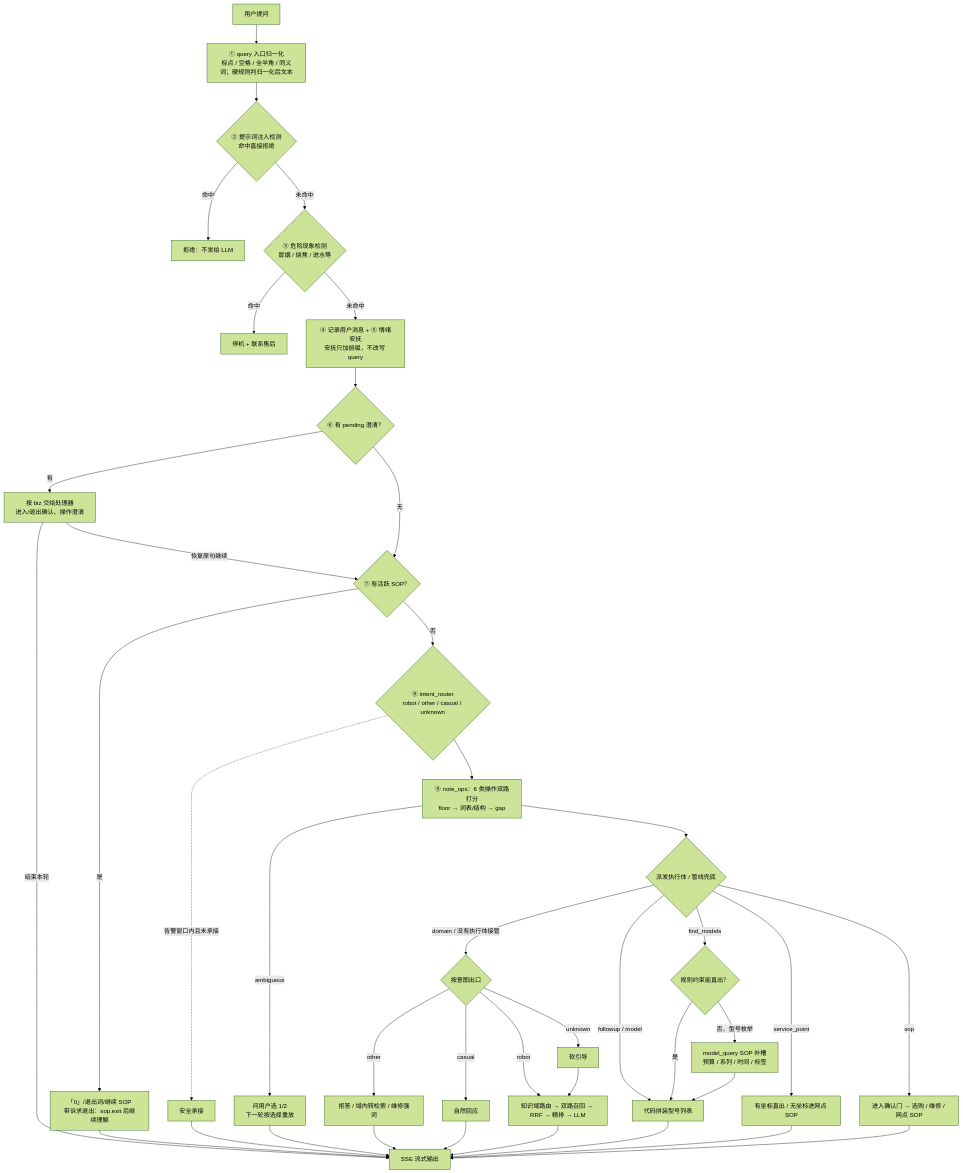
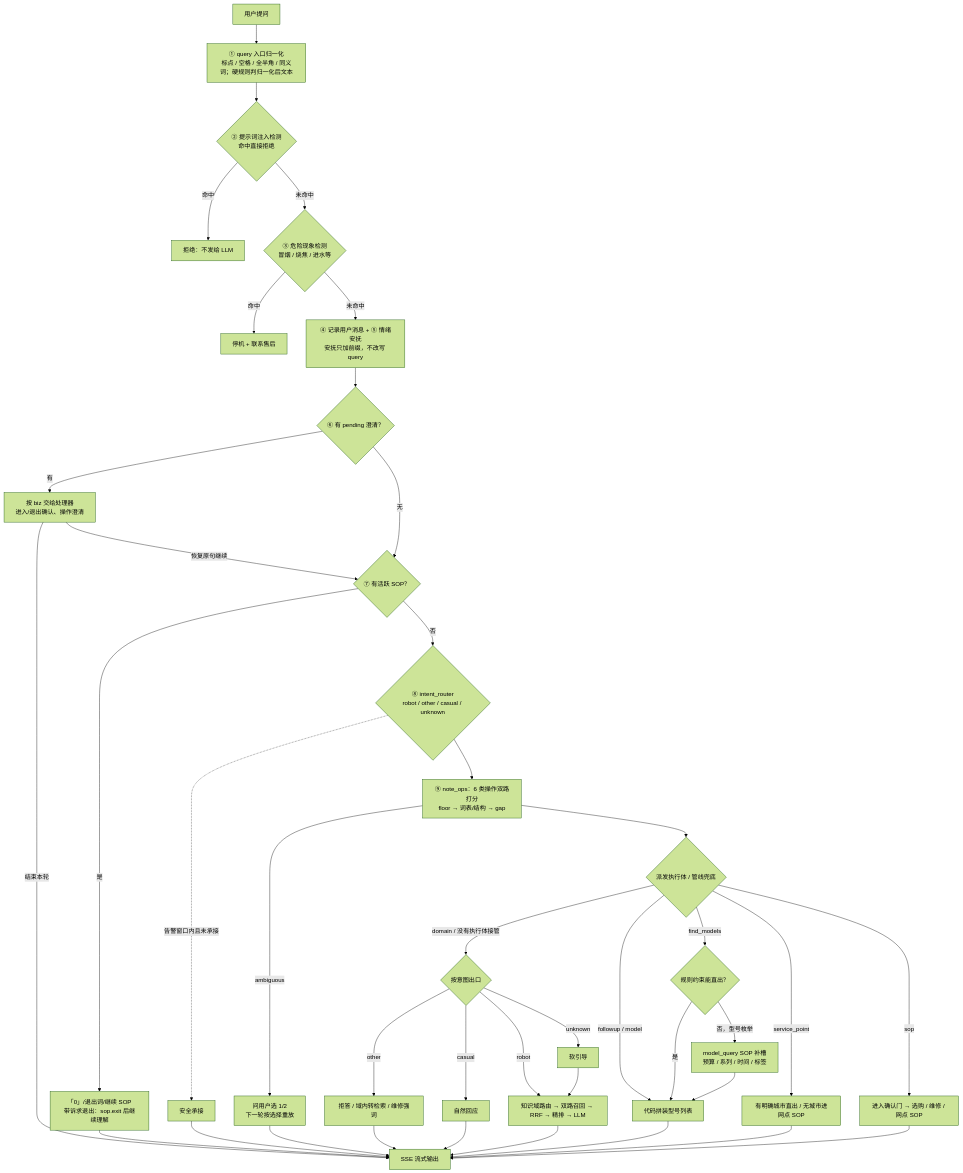
One commit to apkdio/clean_robot_agent changed the diagram in README.md. Above: the diagram before and after it, drawn with Mermaid (forest theme). The commit also changed other lines of this file and 21 other files, not shown here.

````diff
--- a/README.md
+++ b/README.md
@@ -470,42 +470,42 @@
 ```mermaid
 flowchart TD
     Q["用户提问"] --> N0["① query 入口归一化<br/>标点 / 空格 / 全半角 / 同义词；硬规则判归一化后文本"]
     N0 --> G1{"② 提示词注入检测<br/>命中直接拒绝"}
     G1 -->|命中| BLOCK["拒绝：不发给 LLM"]
     G1 -->|未命中| G2{"③ 危险现象检测<br/>冒烟 / 烧焦 / 进水等"}
     G2 -->|命中| SAFE["停机 + 联系售后"]
     G2 -->|未命中| G3["④ 记录用户消息 + ⑤ 情绪安抚<br/>安抚只加前缀，不改写 query"]
     G3 --> CLR{"⑥ 有 pending 澄清？"}
     CLR -->|有| CLRH["按 biz 交给处理器<br/>进入/退出确认、操作澄清"]
     CLRH -->|结束本轮| OUT
     CLRH -->|恢复原句继续| SOPA
     CLR -->|无| SOPA{"⑦ 有活跃 SOP？"}
     SOPA -->|是| SOPB["「0」/退出词/继续 SOP<br/>带诉求退出：sop.exit 后继续理解"]
     SOPB --> OUT
     SOPA -->|否| IR{"⑧ intent_router<br/>robot / other / casual / unknown"}
     IR -.->|"告警窗口内且未承接"| CARRY["安全承接"]
     CARRY --> OUT
     IR --> OPS["⑨ note_ops：6 类操作双路打分<br/>floor → 词表/结构 → gap"]
     OPS -->|"ambiguous"| OPSC["问用户选 1/2<br/>下一轮按选择重放"]
     OPSC --> OUT
     OPS --> DISP{"派发执行体 / 管线兜底"}
     DISP -->|"followup / model"| STRUCT["代码拼装型号列表"]
-    DISP -->|"service_point"| SP["有坐标直出 / 无坐标进网点 SOP"]
+    DISP -->|"service_point"| SP["有明确城市直出 / 无城市进网点 SOP"]
     DISP -->|"sop"| SOPG["进入确认门 → 选购 / 维修 / 网点 SOP"]
     DISP -->|"find_models"| FM{"规则约束能直出？"}
     FM -->|是| STRUCT
     FM -->|"否，型号枚举"| MQS["model_query SOP 补槽<br/>预算 / 系列 / 时间 / 标签"]
     MQS --> STRUCT
     DISP -->|"domain / 没有执行体接管"| BR{"按意图出口"}
     BR -->|other| REF["拒答 / 域内转检索 / 维修强词"]
     BR -->|casual| CHAT["自然回应"]
     BR -->|unknown| GUIDE["软引导"]
     BR -->|robot| RET["知识域路由 → 双路召回 → RRF → 精排 → LLM"]
     REF --> OUT
     CHAT --> OUT
     GUIDE --> RET
     RET --> OUT["SSE 流式输出"]
     STRUCT --> OUT
     SP --> OUT
     SOPG --> OUT
 ```
````
